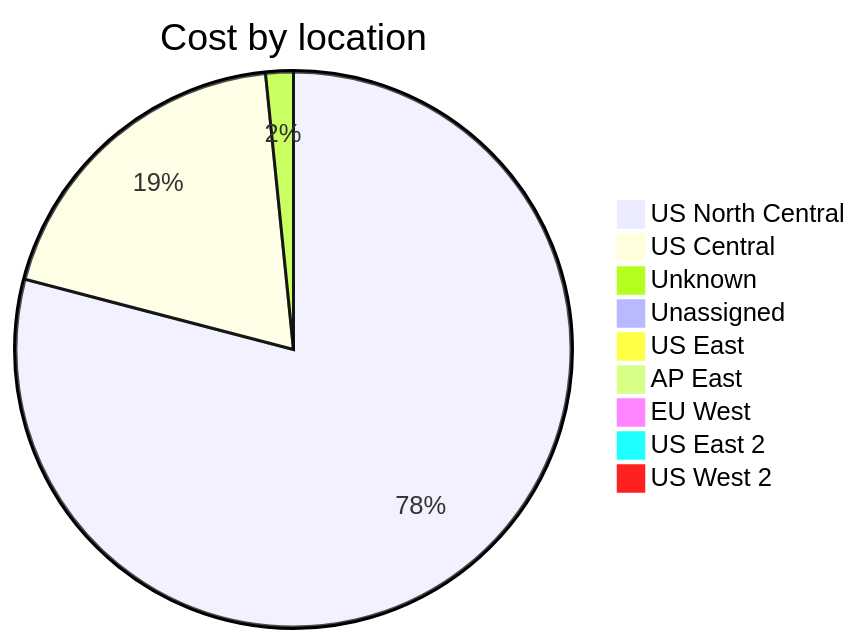
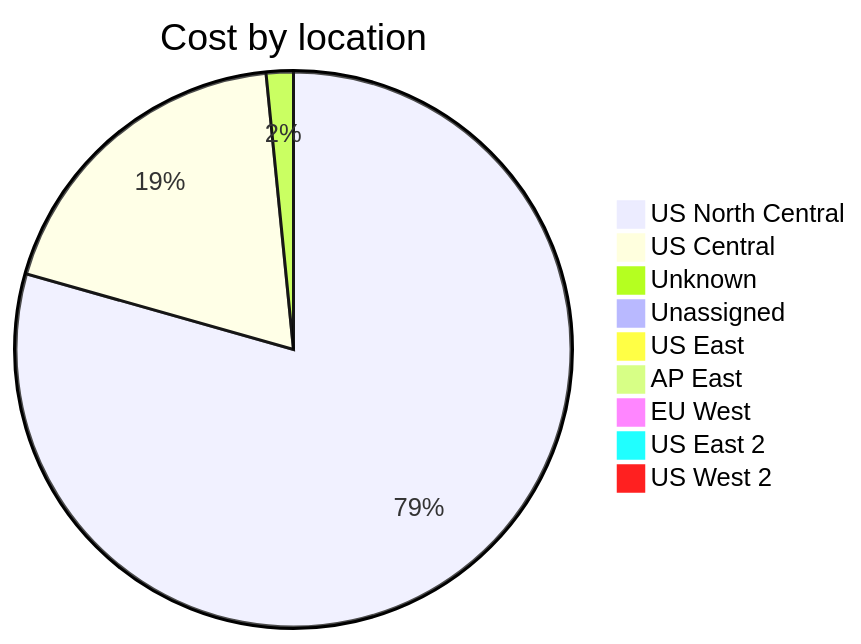
Before and after one commit to jpfulton/azure-personal-reports: the third of 4 diagrams in cost-reports/accumulated-cost.md, drawn with Mermaid. The commit also changed other lines of this file and 4 other files, not shown here.

````diff
--- a/cost-reports/accumulated-cost.md
+++ b/cost-reports/accumulated-cost.md
@@ -129,13 +129,13 @@
 ```mermaid
 pie
    title Cost by location
-   "US North Central" : 16.21
-   "US Central" : 3.96
-   "Unknown" : 0.33
-   "Unassigned" : 0.16
-   "US East" : 0.07
+   "US North Central" : 19.61
+   "US Central" : 4.70
+   "Unknown" : 0.39
+   "Unassigned" : 0.20
+   "US East" : 0.08
    "AP East" : 0.00
    "EU West" : 0.00
    "US East 2" : 0.00
    "US West 2" : 0.00
 ```
````
